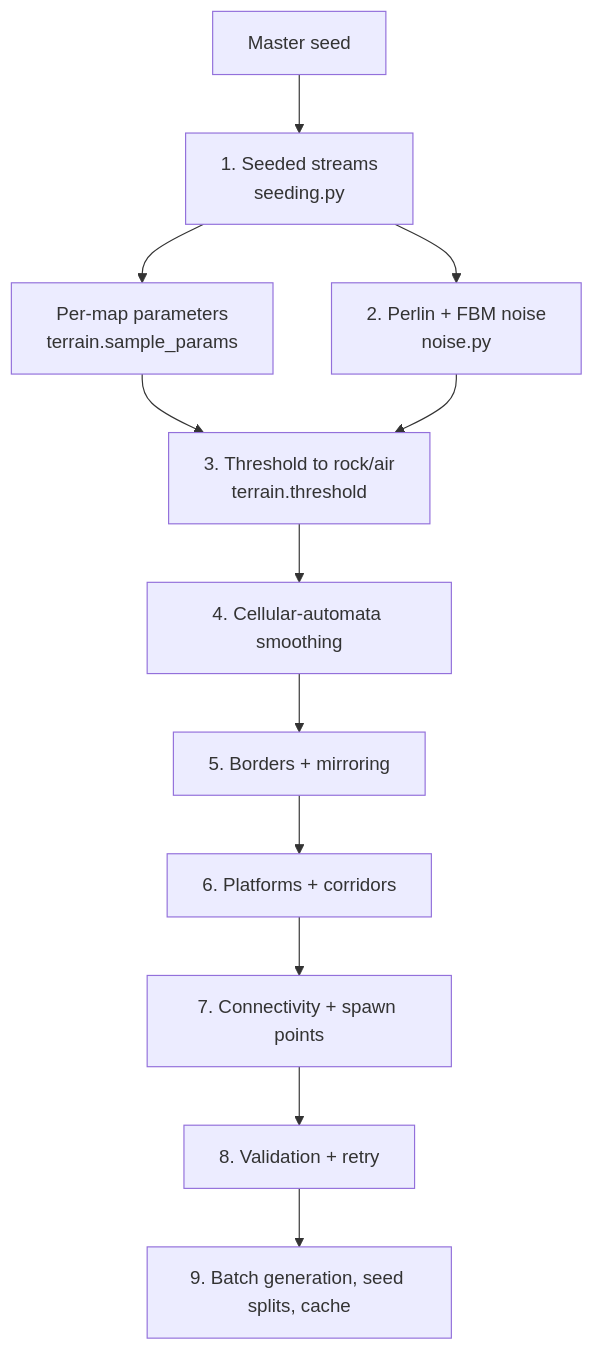
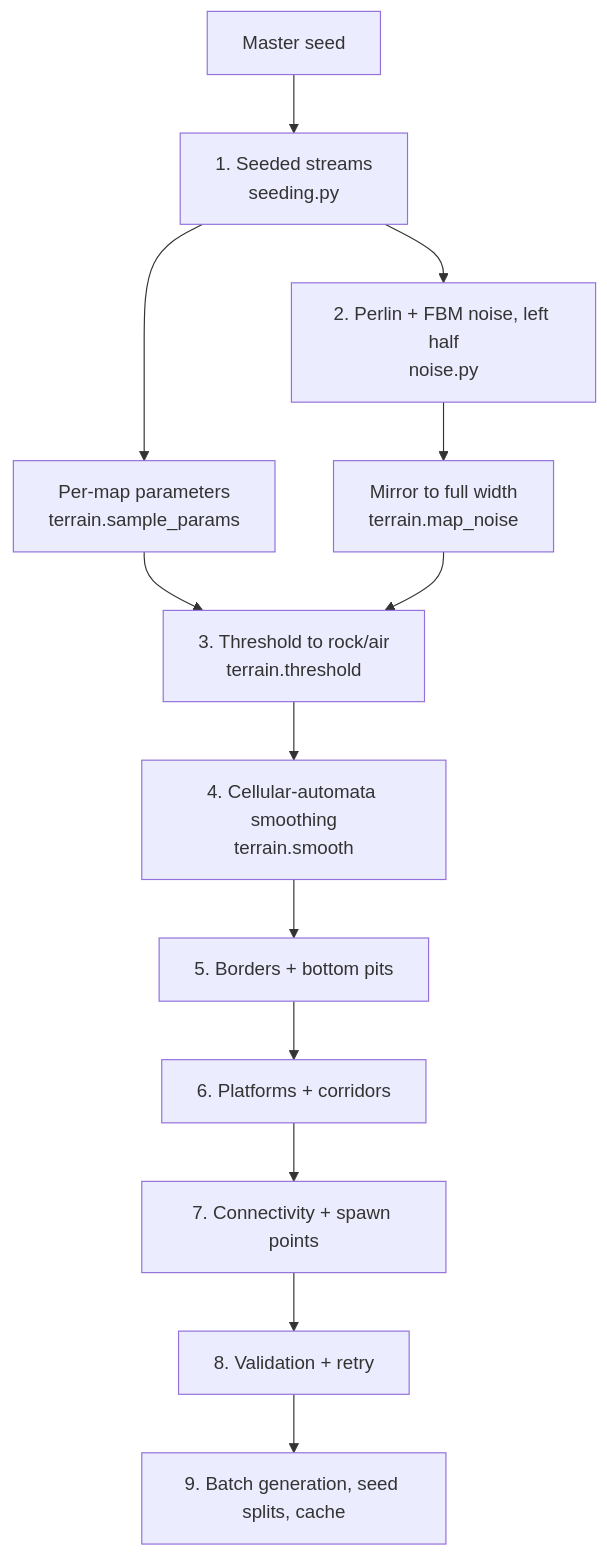
The diagram in docs/mapgen.md (thekrishmellow/RL-Donut), drawn with Mermaid before and after one commit. The commit also changed other lines of this file and 7 other files, not shown here.

Commit message:
Mirror noise before thresholding and add cellular-automata smoothing

````diff
--- a/docs/mapgen.md
+++ b/docs/mapgen.md
@@ -20,14 +20,15 @@
 ```mermaid
 flowchart TD
     S[Master seed] --> P[1. Seeded streams<br/>seeding.py]
     P --> Q[Per-map parameters<br/>terrain.sample_params]
-    P --> N[2. Perlin + FBM noise<br/>noise.py]
+    P --> N[2. Perlin + FBM noise, left half<br/>noise.py]
+    N --> MI[Mirror to full width<br/>terrain.map_noise]
     Q --> T[3. Threshold to rock/air<br/>terrain.threshold]
-    N --> T
-    T --> C[4. Cellular-automata smoothing]
-    C --> M[5. Borders + mirroring]
+    MI --> T
+    T --> C[4. Cellular-automata smoothing<br/>terrain.smooth]
+    C --> M[5. Borders + bottom pits]
     M --> PL[6. Platforms + corridors]
     PL --> CN[7. Connectivity + spawn points]
     CN --> V[8. Validation + retry]
     V --> B[9. Batch generation, seed splits, cache]
 ```
````
